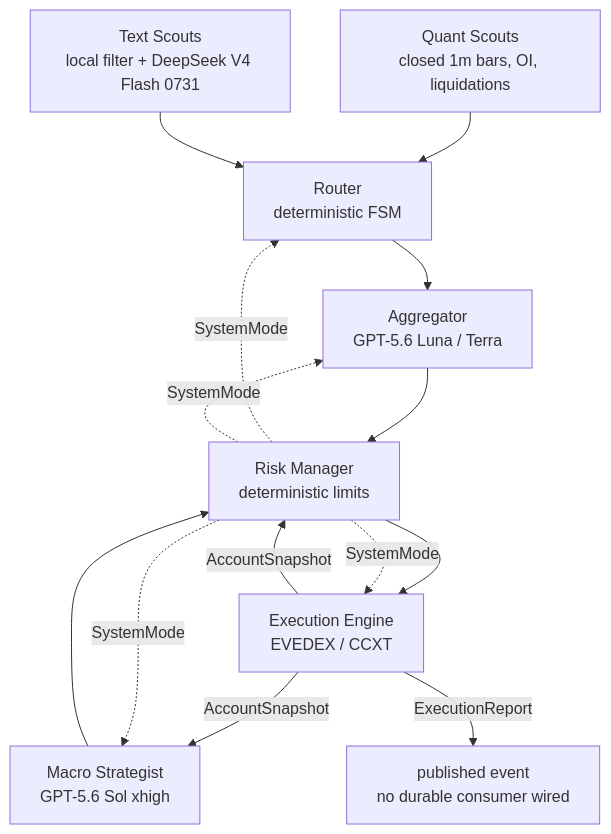
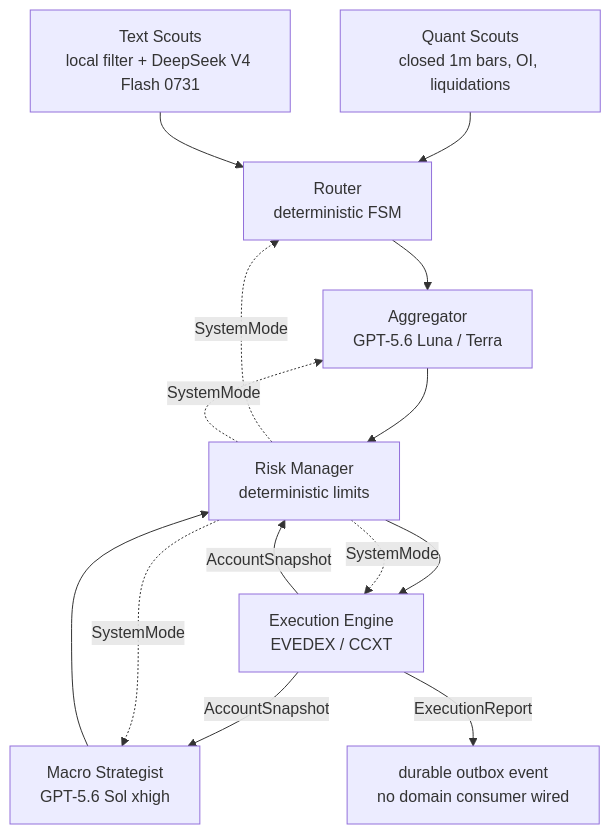
Before and after one commit to Kairos-cryptoAI/kairos: the diagram in README.md, drawn with Mermaid. The commit also changed other lines of this file and 4 other files, not shown here.

````diff
--- a/README.md
+++ b/README.md
@@ -7,16 +7,16 @@
 ```mermaid
 flowchart TD
     Q["Quant Scouts<br/>closed 1m bars, OI, liquidations"] --> R["Router<br/>deterministic FSM"]
     T["Text Scouts<br/>local filter + DeepSeek V4 Flash 0731"] --> R
     R --> A["Aggregator<br/>GPT-5.6 Luna / Terra"]
     A --> K["Risk Manager<br/>deterministic limits"]
     M["Macro Strategist<br/>GPT-5.6 Sol xhigh"] --> K
     K --> E["Execution Engine<br/>EVEDEX / CCXT"]
     E -- "AccountSnapshot" --> K
     E -- "AccountSnapshot" --> M
-    E -- "ExecutionReport" --> O["published event<br/>no durable consumer wired"]
+    E -- "ExecutionReport" --> O["durable outbox event<br/>no domain consumer wired"]
     K -. "SystemMode" .-> R
     K -. "SystemMode" .-> A
     K -. "SystemMode" .-> M
     K -. "SystemMode" .-> E
 ```
````
